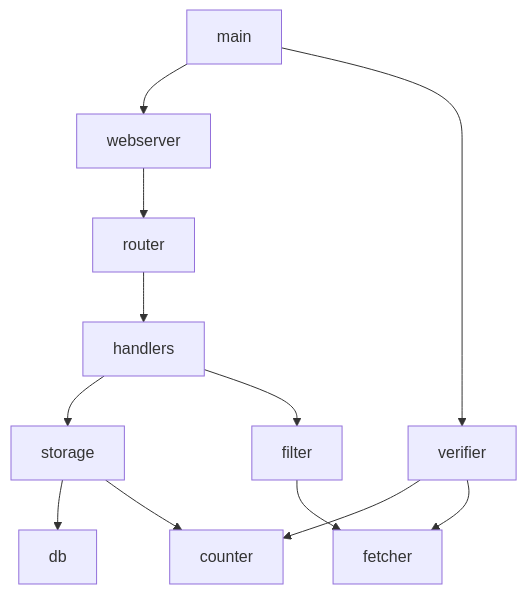
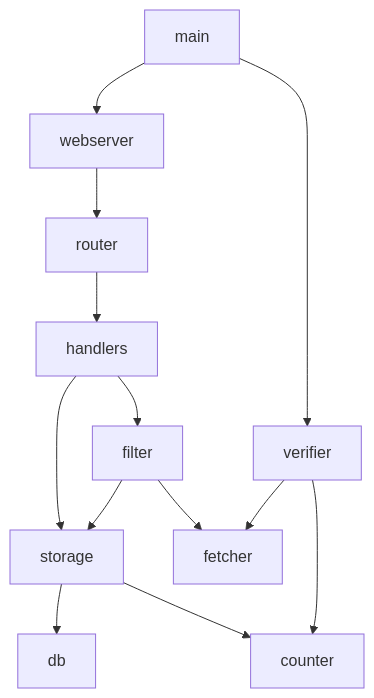
One commit to dmytro-vovk/shta changed the diagram in README.md. Above: the diagram before and after it, drawn with Mermaid.

Commit message:
update readme, add missing relation in diagram

````diff
--- a/README.md
+++ b/README.md
@@ -86,16 +86,17 @@
 ```mermaid
 graph TD
 	main --> webserver
 	main --> verifier
 	
     webserver --> router
     router --> handlers
     handlers --> storage
     handlers --> filter
     storage --> db
     storage --> counter
     filter --> fetcher
+    filter --> storage
     
     verifier --> counter
     verifier --> fetcher
 ```
````
